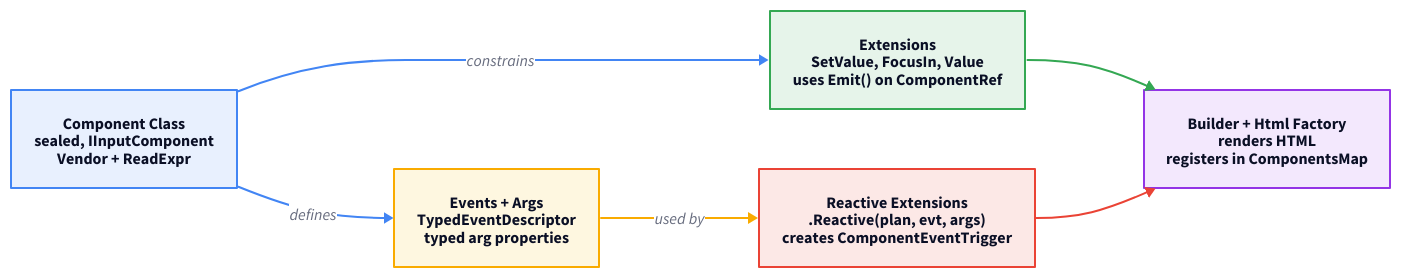
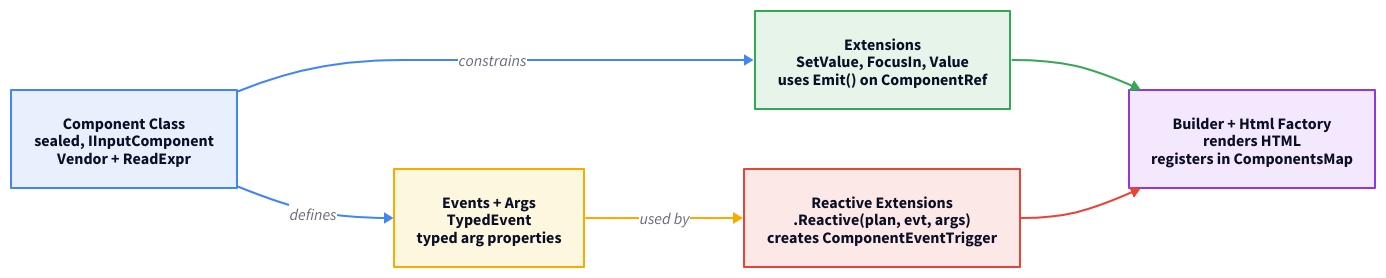
One commit to marafiq/alis-reactive changed the first of 2 diagrams in docs-site/src/content/docs/architecture/vertical-slice.mdx. Above: the diagram before and after it, drawn with D2. The commit also changed other lines of this file and 1 other file, not shown here.

Commit message:
docs: fix stale namespace and class name refs in docs
- Alis.Reactive.Descriptors → Alis.Reactive.PlanModel (onboarding guide)
- TypedEventDescriptor → TypedEvent (onboarding guide + vertical slice)
- Found by tech writer review, verified against actual codebase

````diff
--- a/docs-site/src/content/docs/architecture/vertical-slice.mdx
+++ b/docs-site/src/content/docs/architecture/vertical-slice.mdx
@@ -26,50 +26,50 @@
 ```d2
 direction: right
 
 component: "Component Class\nsealed, IInputComponent\nVendor + ReadExpr" {
   shape: rectangle
   style.fill: "#e8f0fe"
   style.stroke: "#4285f4"
   style.font-size: 16
 }
-events: "Events + Args\nTypedEventDescriptor\ntyped arg properties" {
+events: "Events + Args\nTypedEvent\ntyped arg properties" {
   shape: rectangle
   style.fill: "#fef7e0"
   style.stroke: "#f9ab00"
   style.font-size: 16
 }
 extensions: "Extensions\nSetValue, FocusIn, Value\nuses Emit() on ComponentRef" {
   shape: rectangle
   style.fill: "#e6f4ea"
   style.stroke: "#34a853"
   style.font-size: 16
 }
 reactive: "Reactive Extensions\n.Reactive(plan, evt, args)\ncreates ComponentEventTrigger" {
   shape: rectangle
   style.fill: "#fce8e6"
   style.stroke: "#ea4335"
   style.font-size: 16
 }
 builder: "Builder + Html Factory\nrenders HTML\nregisters in ComponentsMap" {
   shape: rectangle
   style.fill: "#f3e8fd"
   style.stroke: "#9334e6"
   style.font-size: 16
 }
 
 component -> events: defines {
   style.stroke: "#4285f4"
 }
 component -> extensions: constrains {
   style.stroke: "#4285f4"
 }
 events -> reactive: used by {
   style.stroke: "#f9ab00"
 }
 extensions -> builder: {
   style.stroke: "#34a853"
 }
 reactive -> builder: {
   style.stroke: "#ea4335"
 }
 ```
````
